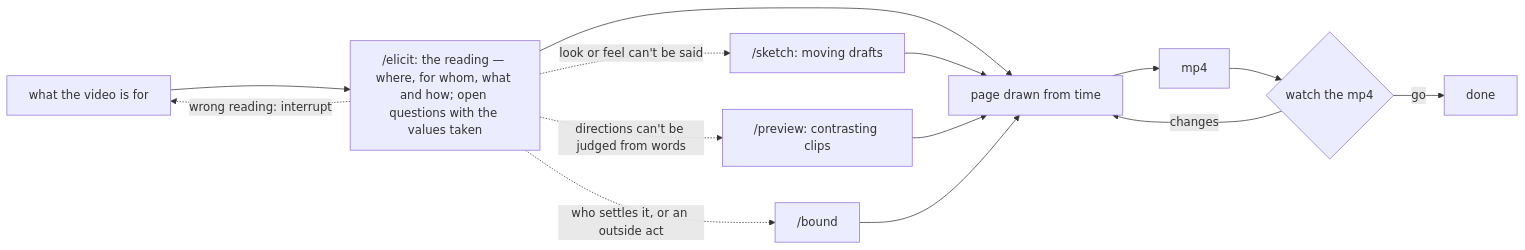
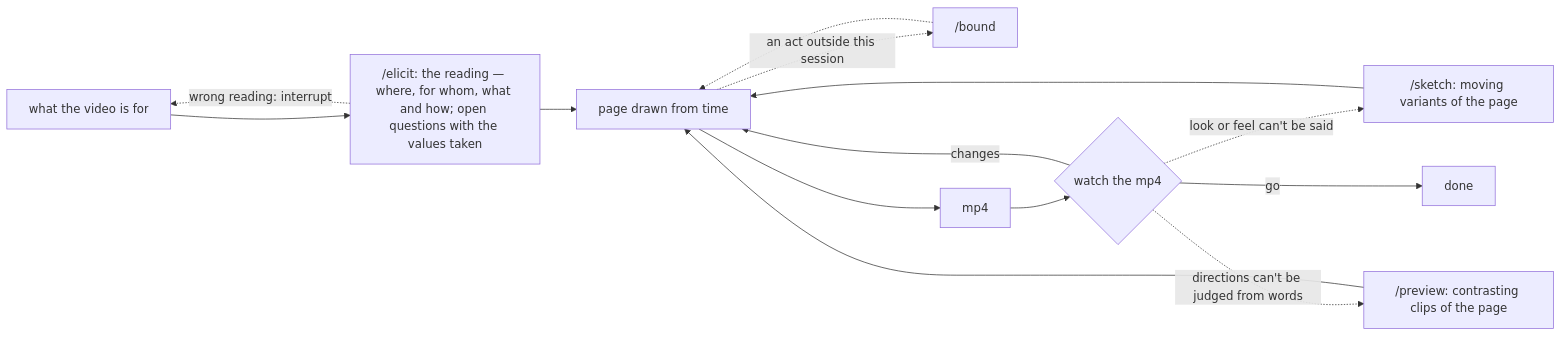
The diagram in motion/README.md (jongwony/cc-plugin), drawn with Mermaid before and after one commit. The commit also changed other lines of this file and 3 other files, not shown here.

````diff
--- a/motion/README.md
+++ b/motion/README.md
@@ -5,16 +5,16 @@
 ```mermaid
 flowchart LR
   A[what the video is for] --> B["/elicit: the reading — where, for whom, what and how; open questions with the values taken"]
   B -. wrong reading: interrupt .-> A
   B --> P[page drawn from time]
-  B -. look or feel can't be said .-> S["/sketch: moving drafts"]
-  B -. directions can't be judged from words .-> V["/preview: contrasting clips"]
-  B -. who settles it, or an outside act .-> D["/bound"]
-  S --> P
-  V --> P
-  D --> P
+  P -. an act outside this session .-> D["/bound"]
+  D -.-> P
   P --> M[mp4]
   M --> W{watch the mp4}
   W -- changes --> P
+  W -. look or feel can't be said .-> S["/sketch: moving variants of the page"]
+  W -. directions can't be judged from words .-> V["/preview: contrasting clips of the page"]
+  S --> P
+  V --> P
   W -- go --> E[done]
 ```
````
